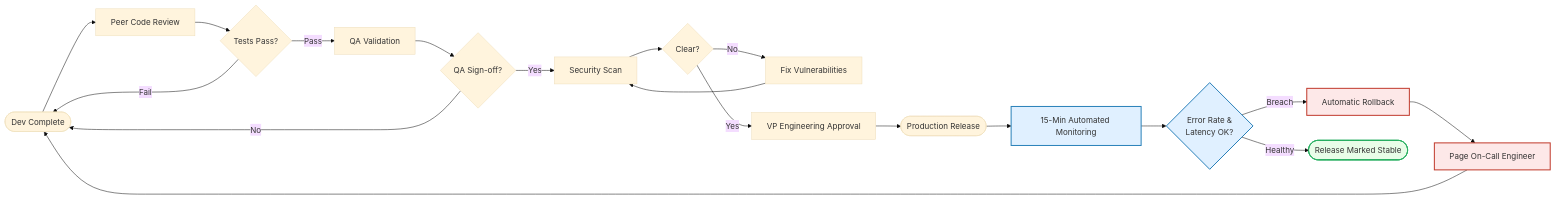
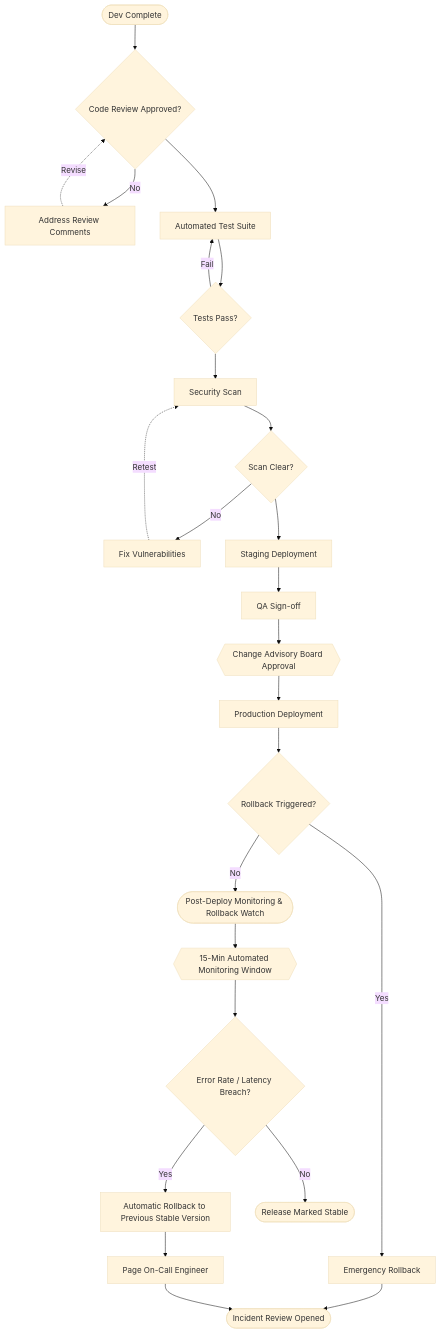
Before and after one commit to callgenix/bpm-diagrams: the diagram in svg_SVG.mmd, drawn with Mermaid (base theme).

Commit message:
[RHONB-006] Added a hexagon checkpoint "15-Min Automated Monitoring Window" after the existing "Post-Deploy Moni… — SVG

```diff
--- a/svg_SVG.mmd
+++ b/svg_SVG.mmd
@@ -1,32 +1,63 @@
-flowchart LR
-    A([Dev Complete]) --> B[Peer Code Review]
-    B --> C{Tests Pass?}
-    C --> |Fail| A
-    C --> |Pass| D[QA Validation]
-    D --> E{QA Sign-off?}
-    E --> |No| A
-    E --> |Yes| F[Security Scan]
-    F --> G{Clear?}
-    G --> |No| H[Fix Vulnerabilities]
-    H --> F
-    G --> |Yes| I[VP Engineering Approval]
-    I --> J([Production Release])
+flowchart TD
+    N1(["Dev Complete"])
+    N2{"Code Review Approved?"}
+    N3["Address Review Comments"]
+    N4["Automated Test Suite"]
+    N5{"Tests Pass?"}
+    N6["Security Scan"]
+    N7{"Scan Clear?"}
+    N8["Fix Vulnerabilities"]
+    N9["Staging Deployment"]
+    N10["QA Sign-off"]
+    N11{{"Change Advisory Board Approval"}}
+    N12["Production Deployment"]
+    N13{"Rollback Triggered?"}
+    N14["Emergency Rollback"]
+    N15(["Post-Deploy Monitoring & Rollback Watch"])
+    N16(["Incident Review Opened"])
 
-    %% ⚡ CHANGED SECTION – Post-release monitoring and rollback path
-    J --> K[15-Min Automated Monitoring]
-    K --> L{Error Rate &<br>Latency OK?}
-    L --> |Breach| M[Automatic Rollback]
-    M --> N[Page On-Call Engineer]
-    N --> A
-    L --> |Healthy| O([Release Marked Stable])
+    N1 --> N2
+    N2 -->|No| N3
+    N3 -.->|Revise| N2
+    N2 --> N4
+    N4 --> N5
+    N5 -->|Fail| N4
+    N5 --> N6
+    N6 --> N7
+    N7 -->|No| N8
+    N8 -.->|Retest| N6
+    N7 --> N9
+    N9 --> N10
+    N10 --> N11
+    N11 --> N12
+    N12 --> N13
+    N13 -->|Yes| N14
+    N13 -->|No| N15
+    N14 --> N16
 
-    classDef monitoring fill:#e0f0ff,stroke:#2980b9,stroke-width:2px
-    classDef rollback fill:#fde8e8,stroke:#c0392b,stroke-width:2px
-    classDef stable fill:#e8fde8,stroke:#27ae60,stroke-width:2px
+    %% ⚡ CHANGED SECTION — Added post-production automated monitoring window with breach/stable outcomes
+    N17{{"15-Min Automated Monitoring Window"}}
+    N18{"Error Rate / Latency Breach?"}
+    N19["Automatic Rollback to Previous Stable Version"]
+    N20["Page On-Call Engineer"]
+    N21(["Release Marked Stable"])
 
-    class K,L monitoring
-    class M,N rollback
-    class O stable
+    N15 --> N17
+    N17 --> N18
+    N18 -->|Yes| N19
+    N19 --> N20
+    N20 --> N16
+    N18 -->|No| N21
+    %% END CHANGED SECTION
 
 %% EXPLANATION:
-%% Extended the diagram past "Production Release" with a 15-minute automated monitoring window that checks error rate and latency. Added an exclusive gateway: if thresholds are breached, the flow triggers an automatic rollback followed by paging the on-call engineer (who then feeds back to Dev Complete for a fix). If metrics stay healthy, the release is marked stable and the process closes out. Applied distinct style classes for monitoring, rollback, and stable-release nodes for visual clarity.
+%% This diagram documents an Engineering/DevOps software release approval
+%% pipeline, tracing a code change from development completion through
+%% review, testing, security scanning, staging, QA, change control board
+%% approval, production deployment, and post-deploy rollback monitoring.
+
+%% ═══ ROLES ═══
+%% R01 Engineering / Release Pipeline
+
+%% ═══ CHANGE LOG ═══
+%% [1] Post-production monitoring window — Added a 15-minute automated monitoring checkpoint after Production Deployment that watches error rate/latency, auto-rolls-back and pages on-call on breach, or marks the release stable if metrics stay healthy.
```
